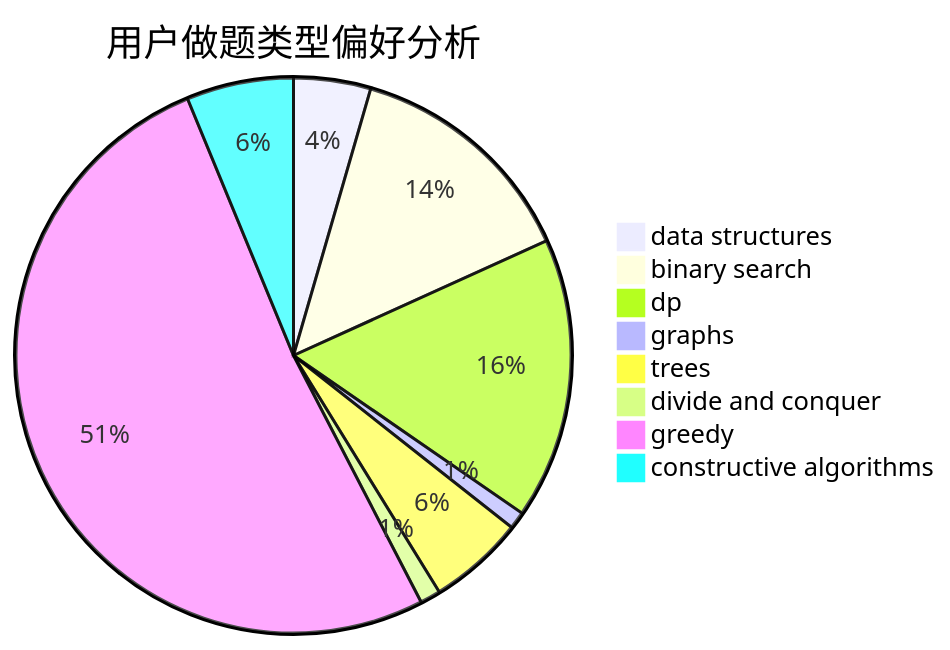
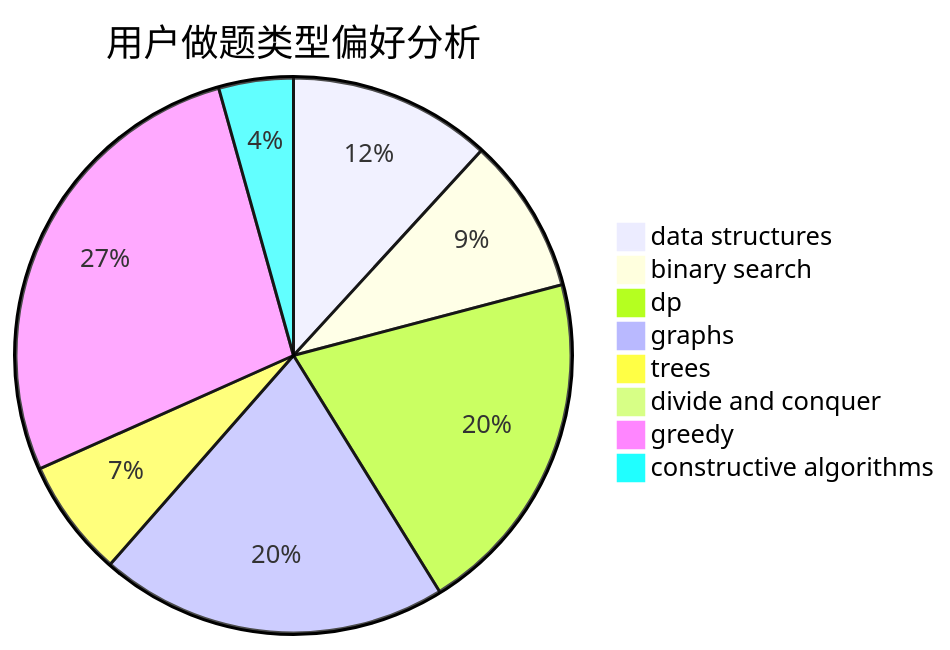
The second of 3 diagrams in docs/user/u509.md (sherpahu/cfrs.github.io), drawn with Mermaid before and after one commit. The commit also changed other lines of this file and 2770 other files, not shown here.

````diff
--- a/docs/user/u509.md
+++ b/docs/user/u509.md
@@ -23,11 +23,11 @@
 ```mermaid
 pie title 用户做题类型偏好分析
-    "data structures" :  49
-    "binary search" :  150
-    "dp" :  179
-    "graphs" :  11
-    "trees" :  61
-    "divide and conquer" :  13
-    "greedy" :  561
-    "constructive algorithms" :  68
+    "data structures" :  174
+    "binary search" :  134
+    "dp" :  299
+    "graphs" :  299
+    "trees" :  101
+    "divide and conquer" :  9
+    "greedy" :  403
+    "constructive algorithms" :  64
 ```
````
